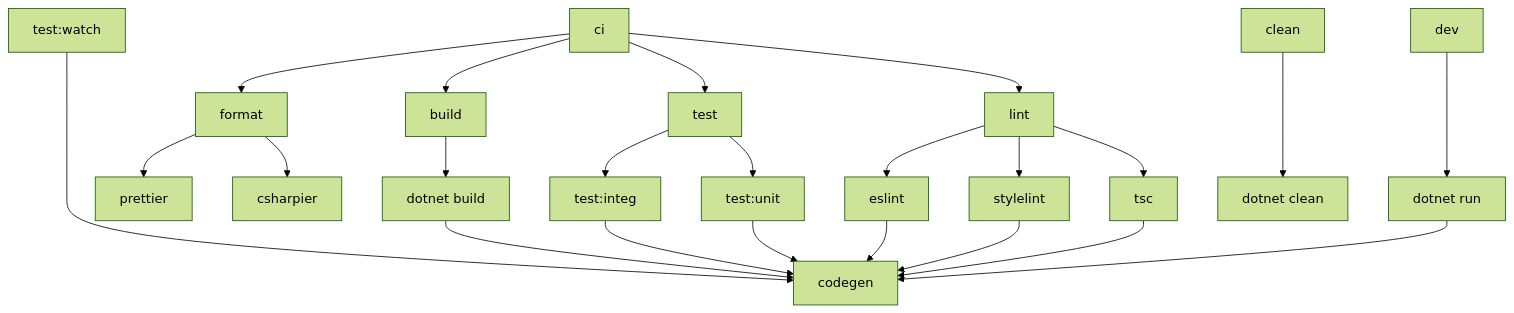
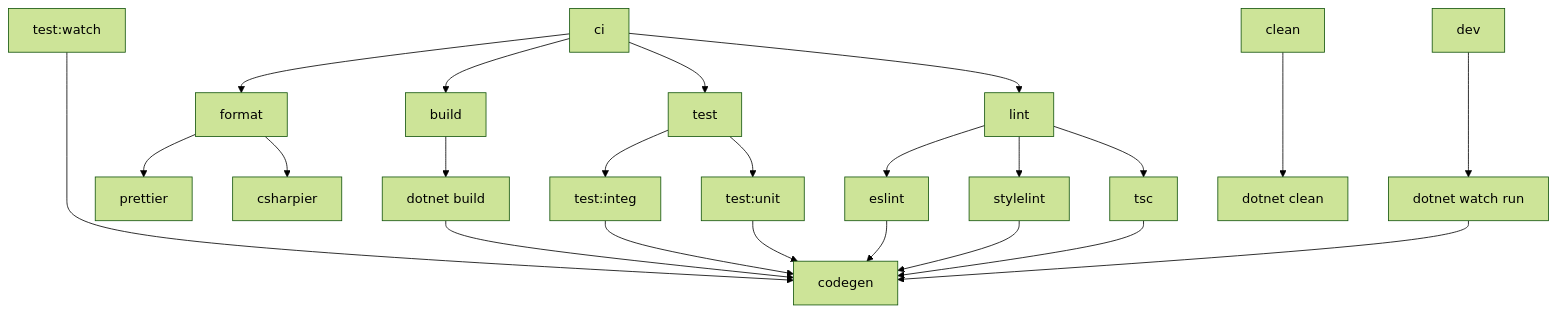
Before and after one commit to connorjs/nx-polyglot-example: the second of 2 diagrams in README.md, drawn with Mermaid (forest theme). The commit also changed 3 other files, not shown here.

````diff
--- a/README.md
+++ b/README.md
@@ -233,32 +233,32 @@
 ```mermaid
 graph TD;
     test:watch ----> codegen
 
     ci --> format
     ci --> build
     ci --> test
     ci --> lint
 
     build --> dotnet_build[dotnet build]
     dotnet_build --> codegen
 
     format --> prettier
     format --> csharpier
 
     test --> test:integ
     test --> test:unit
     test:integ --> codegen
     test:unit --> codegen
 
     lint --> eslint
     lint --> stylelint
     lint --> tsc
     eslint --> codegen
     stylelint --> codegen
     tsc --> codegen
 
     clean ---> dotnet_clean[dotnet clean]
 
-    dev ---> dotnet_run[dotnet run]
-    dotnet_run --> codegen
+    dev ---> dotnet_watch_run[dotnet watch run]
+    dotnet_watch_run --> codegen
 ```
````
